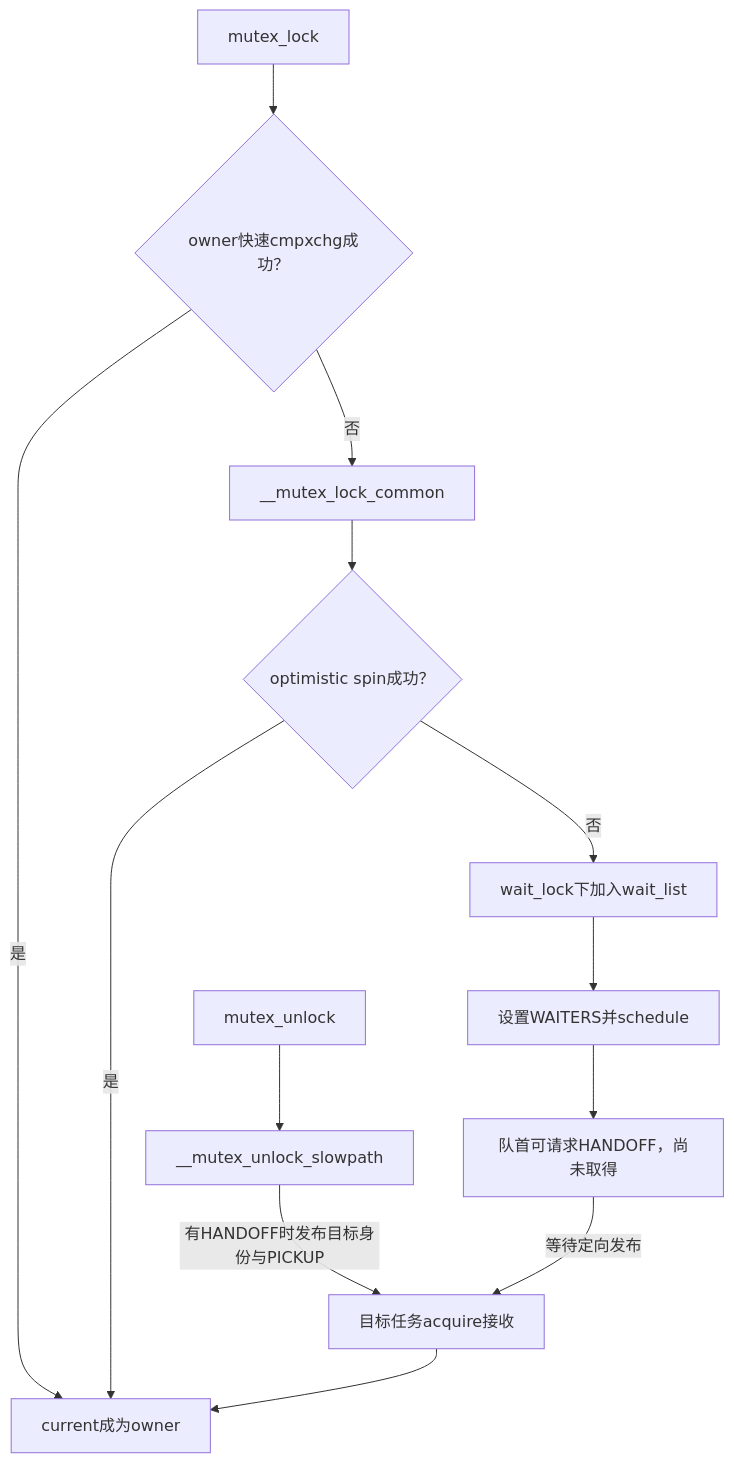
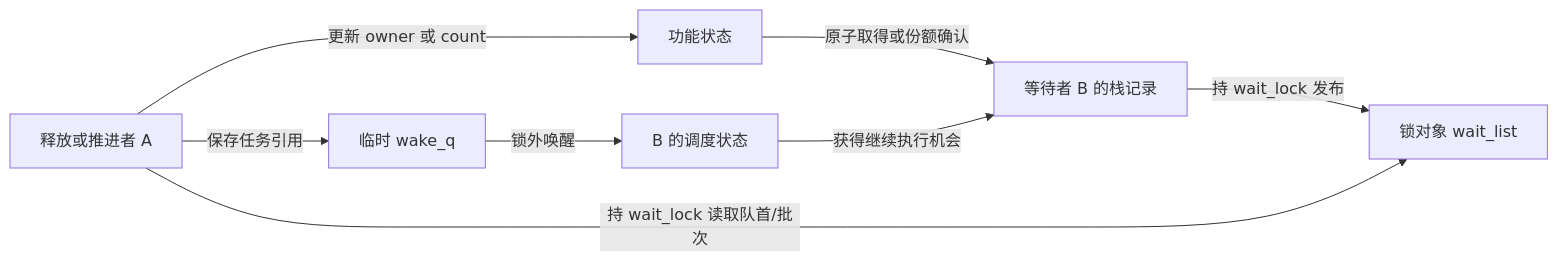
Before and after one commit to FormingSystem/linux_note: the first of 3 diagrams in research/source_reading/locking/navigation/P03_Linux_6.12_mutex与rwsem模块源码概念导读.md, drawn with Mermaid. The commit also changed other lines of this file and 5 other files, not shown here.

````diff
--- a/research/source_reading/locking/navigation/P03_Linux_6.12_mutex与rwsem模块源码概念导读.md
+++ b/research/source_reading/locking/navigation/P03_Linux_6.12_mutex与rwsem模块源码概念导读.md
@@ -30,15 +45,10 @@
 ```mermaid
-flowchart TD
-    A["mutex_lock"] --> B{"owner快速cmpxchg成功？"}
-    B -->|"是"| C["current成为owner"]
-    B -->|"否"| D["__mutex_lock_common"]
-    D --> E{"optimistic spin成功？"}
-    E -->|"是"| C
-    E -->|"否"| F["wait_lock下加入wait_list"]
-    F --> G["设置WAITERS并schedule"]
-    G --> H["队首可请求HANDOFF，尚未取得"]
-    I["mutex_unlock"] --> J["__mutex_unlock_slowpath"]
-    J -->|"有HANDOFF时发布目标身份与PICKUP"| K["目标任务acquire接收"]
-    H -->|"等待定向发布"| K
-    K --> C
+flowchart LR
+    B["等待者 B 的栈记录"] -->|"持 wait_lock 发布"| L["锁对象 wait_list"]
+    A["释放或推进者 A"] -->|"持 wait_lock 读取队首/批次"| L
+    A -->|"更新 owner 或 count"| F["功能状态"]
+    F -->|"原子取得或份额确认"| B
+    A -->|"保存任务引用"| Q["临时 wake_q"]
+    Q -->|"锁外唤醒"| T["B 的调度状态"]
+    T -->|"获得继续执行机会"| B
 ```
````
